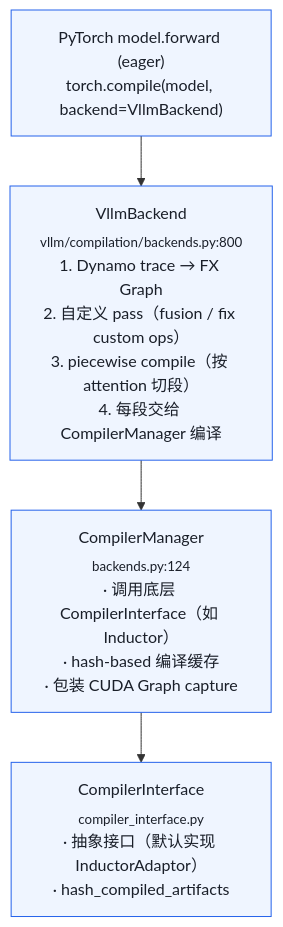
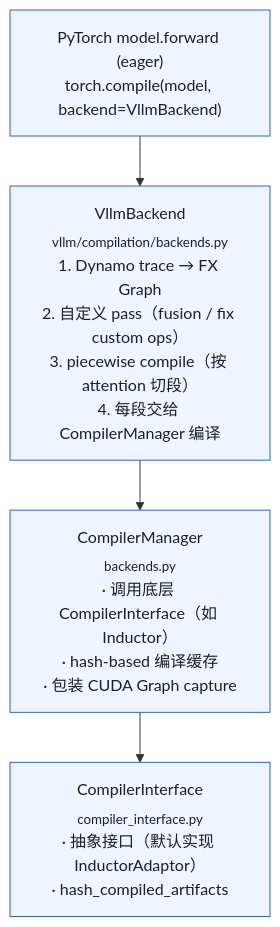
The first of 2 diagrams in 04-optimizations/04-compilation-internals.md (jwzheng96/vllm-learning-book), drawn with Mermaid before and after one commit. The commit also changed other lines of this file and 29 other files, not shown here.

````diff
--- a/04-optimizations/04-compilation-internals.md
+++ b/04-optimizations/04-compilation-internals.md
@@ -21,12 +27,12 @@
 ```mermaid
 flowchart TD
     Eager["PyTorch model.forward (eager)<br/>torch.compile(model, backend=VllmBackend)"]
-    Backend["VllmBackend<br/><sub>vllm/compilation/backends.py:800</sub><br/>1. Dynamo trace → FX Graph<br/>2. 自定义 pass（fusion / fix custom ops）<br/>3. piecewise compile（按 attention 切段）<br/>4. 每段交给 CompilerManager 编译"]
-    Mgr["CompilerManager<br/><sub>backends.py:124</sub><br/>· 调用底层 CompilerInterface（如 Inductor）<br/>· hash-based 编译缓存<br/>· 包装 CUDA Graph capture"]
+    Backend["VllmBackend<br/><sub>vllm/compilation/backends.py</sub><br/>1. Dynamo trace → FX Graph<br/>2. 自定义 pass（fusion / fix custom ops）<br/>3. piecewise compile（按 attention 切段）<br/>4. 每段交给 CompilerManager 编译"]
+    Mgr["CompilerManager<br/><sub>backends.py</sub><br/>· 调用底层 CompilerInterface（如 Inductor）<br/>· hash-based 编译缓存<br/>· 包装 CUDA Graph capture"]
     Iface["CompilerInterface<br/><sub>compiler_interface.py</sub><br/>· 抽象接口（默认实现 InductorAdaptor）<br/>· hash_compiled_artifacts"]
 
     Eager --> Backend --> Mgr --> Iface
 
     classDef layer fill:#eff5ff,stroke:#2563eb,color:#1a1f29;
     class Eager,Backend,Mgr,Iface layer;
 ```
````
